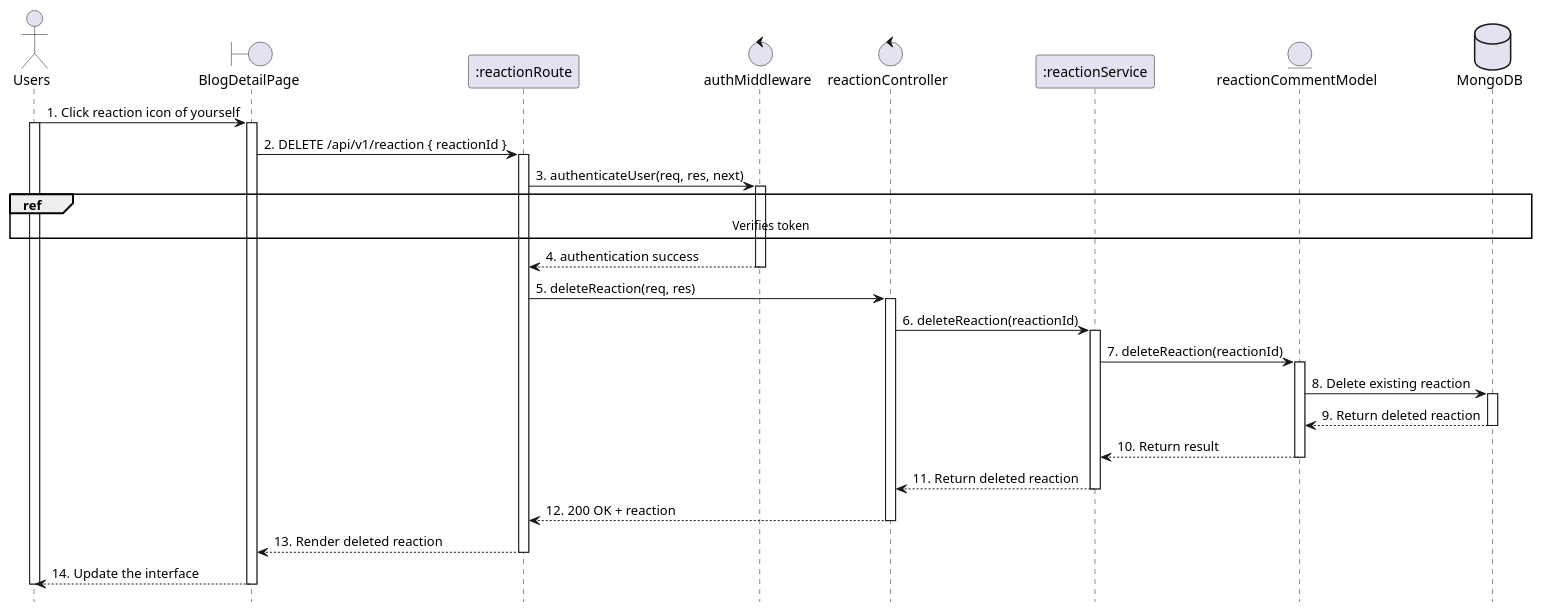
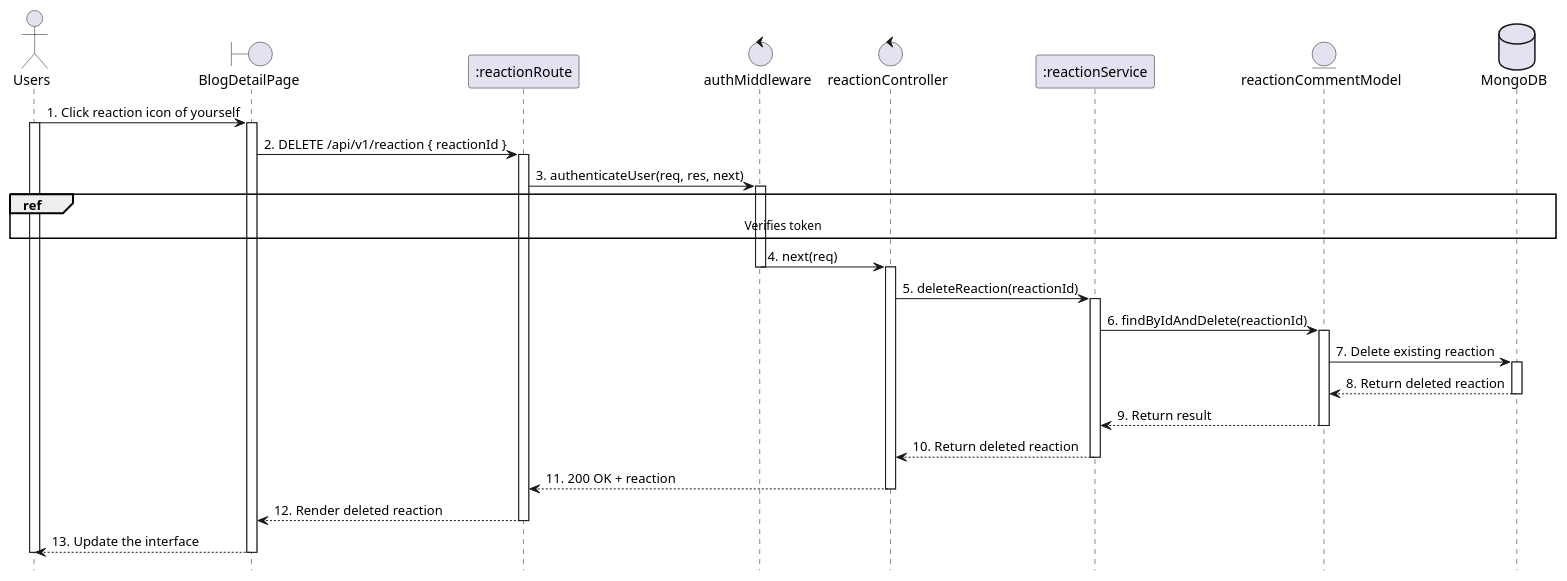
Before and after one commit to VietDurian/VietDurian: the diagram in planuml/web/20.4_deleteReaction.puml, drawn with PlantUML. The commit also changed 18 other files, not shown here.

```diff
--- a/planuml/web/20.4_deleteReaction.puml
+++ b/planuml/web/20.4_deleteReaction.puml
@@ -1,58 +1,56 @@
 @startuml Delete
 
 actor User as "Users"
 boundary "BlogDetailPage" as View 
 participant ":reactionRoute" as Route
 control "authMiddleware" as Auth 
 control "reactionController" as Controller 
 participant ":reactionService" as Service 
 entity "reactionCommentModel" as Model 
 database "MongoDB" as MongoDB 
 hide footbox
 
     User -> View: 1. Click reaction icon of yourself
     activate User
     activate View
 
 
     View -> Route: 2. DELETE /api/v1/reaction { reactionId }
     activate Route
     Route -> Auth: 3. authenticateUser(req, res, next)
     activate Auth
     ref over User, MongoDB : Verifies token
 
-    Auth --> Route: 4. authentication success
-    deactivate Auth
-
-    Route -> Controller: 5. deleteReaction(req, res)
+    Auth -> Controller: 4. next(req)
+    deactivate Auth 
     activate Controller
 
-    Controller -> Service: 6. deleteReaction(reactionId)
+    Controller -> Service: 5. deleteReaction(reactionId)
     activate Service
 
-    Service -> Model: 7. deleteReaction(reactionId)
+    Service -> Model: 6. findByIdAndDelete(reactionId)
     activate Model
 
-    Model -> MongoDB: 8. Delete existing reaction
+    Model -> MongoDB: 7. Delete existing reaction
     activate MongoDB
-    MongoDB --> Model: 9. Return deleted reaction
+    MongoDB --> Model: 8. Return deleted reaction
     deactivate MongoDB
 
-    Model --> Service: 10. Return result
+    Model --> Service: 9. Return result
     deactivate Model
 
-    Service --> Controller: 11. Return deleted reaction
+    Service --> Controller: 10. Return deleted reaction
     deactivate Service
 
-    Controller --> Route: 12. 200 OK + reaction
+    Controller --> Route: 11. 200 OK + reaction
     deactivate Controller
 
-    Route --> View: 13. Render deleted reaction
+    Route --> View: 12. Render deleted reaction
     deactivate Route
 
-    View --> User: 14. Update the interface
+    View --> User: 13. Update the interface
     deactivate View
     deactivate User
 
 
 @enduml
```
